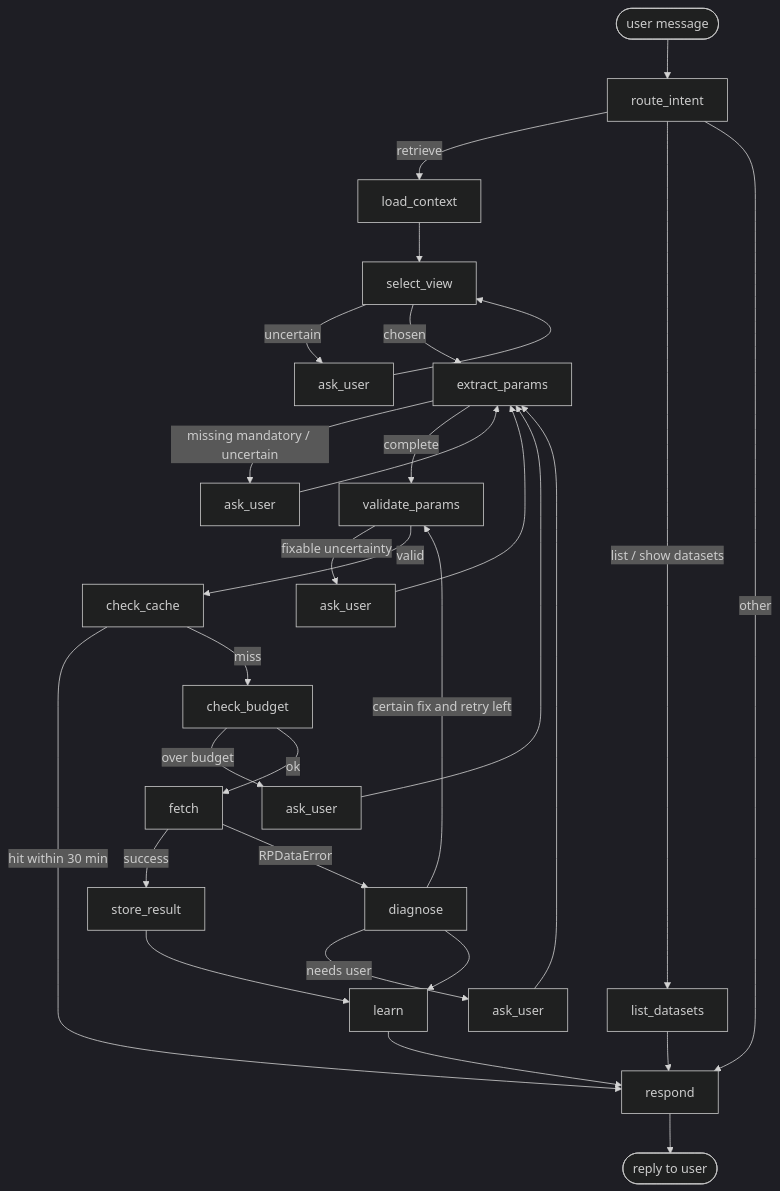
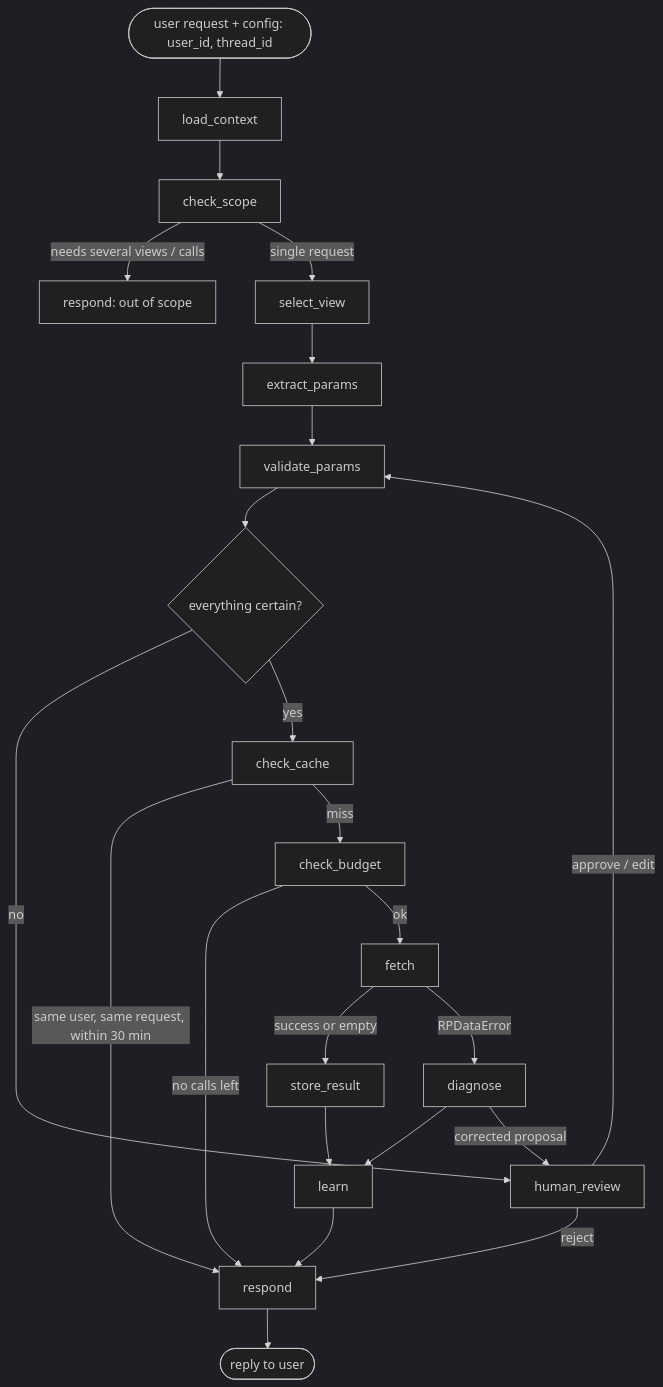
The diagram in SPEC.md (PaeoniaCommon/rp_agent), drawn with Mermaid (dark theme) before and after one commit. The commit also changed other lines of this file, not shown here.

First line of the commit message:
Spec v0.2: apply review decisions

````diff
--- a/SPEC.md
+++ b/SPEC.md
@@ -79,31 +81,28 @@
 ```mermaid
 flowchart TD
-    START([user message]) --> route[route_intent]
-    route -->|retrieve| ctx[load_context]
-    route -->|list / show datasets| listds[list_datasets] --> respond
-    route -->|other| respond
+    START([user request + config: user_id, thread_id]) --> ctx[load_context]
+    ctx --> scope[check_scope]
+    scope -->|needs several views / calls| out[respond: out of scope]
+    scope -->|single request| sv[select_view]
 
-    ctx --> sv[select_view]
-    sv -->|uncertain| askv[ask_user] --> sv
-    sv -->|chosen| ep[extract_params]
+    sv --> ep[extract_params]
+    ep --> val[validate_params]
 
-    ep -->|missing mandatory / uncertain| askp[ask_user] --> ep
-    ep -->|complete| val[validate_params]
+    val --> cert{everything certain?}
+    cert -->|no| review[human_review]
+    review -->|approve / edit| val
+    review -->|reject| respond
 
-    val -->|fixable uncertainty| askval[ask_user] --> ep
-    val -->|valid| cache[check_cache]
-
-    cache -->|hit within 30 min| respond
+    cert -->|yes| cache[check_cache]
+    cache -->|same user, same request, within 30 min| respond
     cache -->|miss| budget[check_budget]
-    budget -->|over budget| askb[ask_user] --> ep
+    budget -->|no calls left| respond
     budget -->|ok| fetch[fetch]
 
-    fetch -->|success| store[store_result] --> learn
-    fetch -->|RPDataError| diagnose
-    diagnose -->|certain fix and retry left| val
-    diagnose -->|needs user| askd[ask_user] --> ep
-    diagnose --> learn
+    fetch -->|success or empty| store[store_result] --> learn
+    fetch -->|RPDataError| diagnose --> learn
+    diagnose -->|corrected proposal| review
 
     learn --> respond[respond]
     respond --> END([reply to user])
 ```
````
